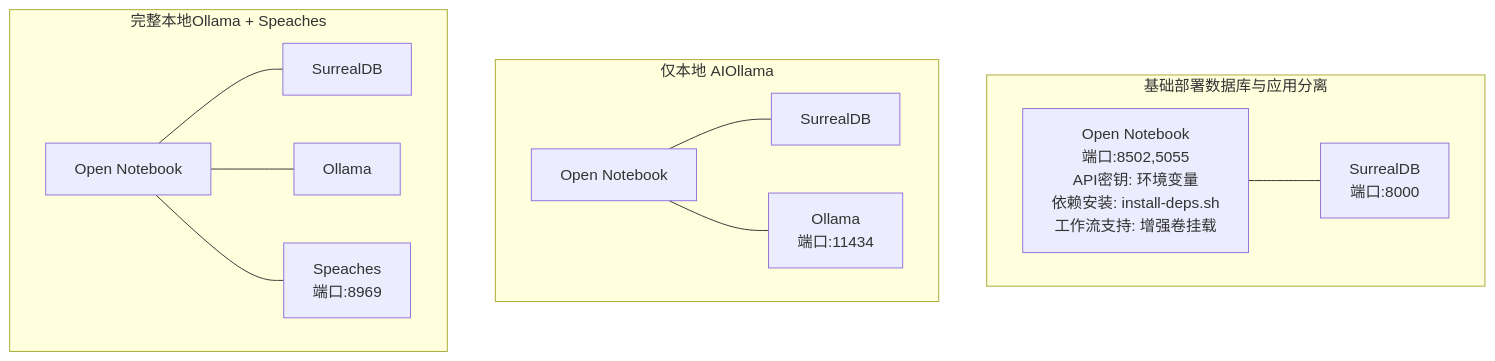
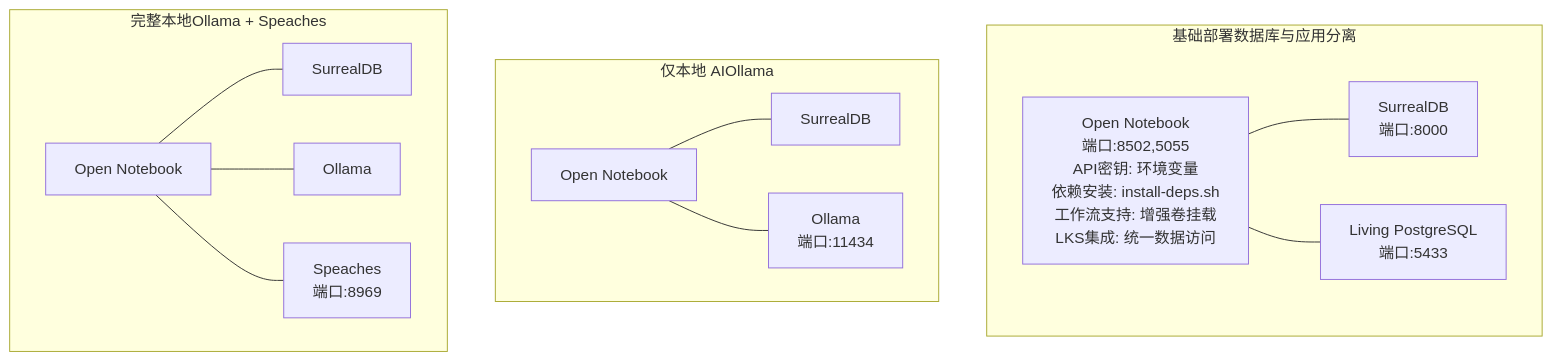
One commit to jackeyunjie/open-notebook changed the second of 7 diagrams in .qoder/repowiki/zh/content/安装与部署/Docker Compose 部署.md. Above: the diagram before and after it, drawn with Mermaid. The commit also changed other lines of this file and 51 other files, not shown here.

````diff
--- a/.qoder/repowiki/zh/content/安装与部署/Docker Compose 部署.md
+++ b/.qoder/repowiki/zh/content/安装与部署/Docker Compose 部署.md
@@ -210,24 +251,26 @@
 ```mermaid
 graph TB
 subgraph "基础部署数据库与应用分离"
 SDB1["SurrealDB<br/>端口:8000"]
-APP1["Open Notebook<br/>端口:8502,5055<br/>API密钥: 环境变量<br/>依赖安装: install-deps.sh<br/>工作流支持: 增强卷挂载"]
+LPG1["Living PostgreSQL<br/>端口:5433"]
+APP1["Open Notebook<br/>端口:8502,5055<br/>API密钥: 环境变量<br/>依赖安装: install-deps.sh<br/>工作流支持: 增强卷挂载<br/>LKS集成: 统一数据访问"]
 APP1 --- SDB1
+APP1 --- LPG1
 end
 subgraph "仅本地 AIOllama"
 SDB2["SurrealDB"]
 OLL2["Ollama<br/>端口:11434"]
 APP2["Open Notebook"]
 APP2 --- SDB2
 APP2 --- OLL2
 end
 subgraph "完整本地Ollama + Speaches"
 SDB3["SurrealDB"]
 OLL3["Ollama"]
 SPE3["Speaches<br/>端口:8969"]
 APP3["Open Notebook"]
 APP3 --- SDB3
 APP3 --- OLL3
 APP3 --- SPE3
 end
 ```
````
